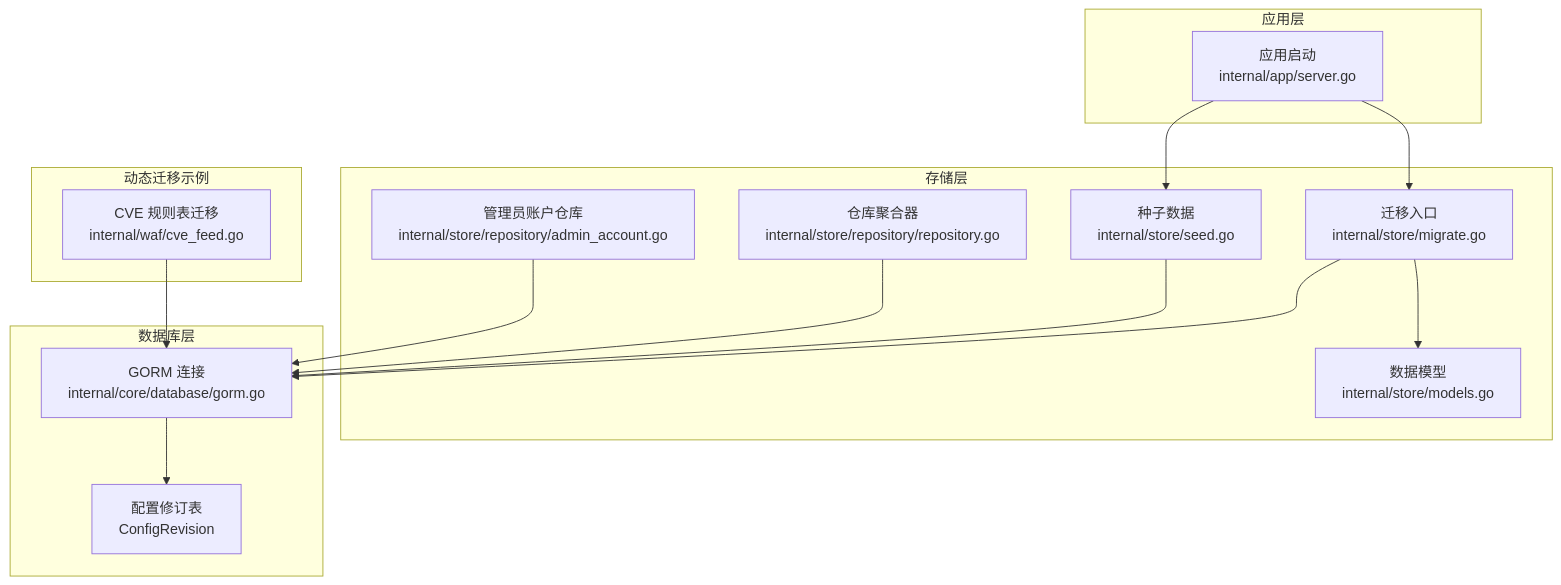
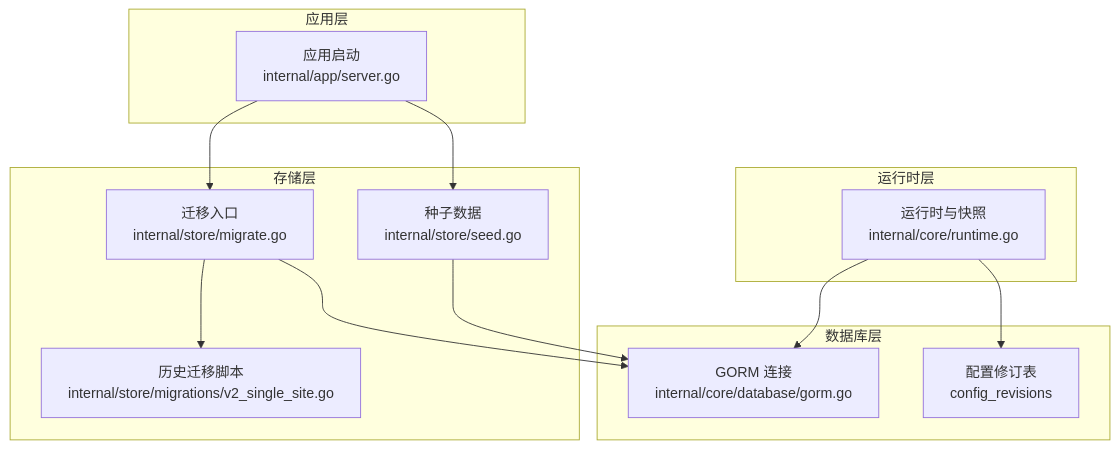
One commit to x01n/My-OpenWaf changed the first of 7 diagrams in docs/配置管理系统/迁移管理机制.md. Above: the diagram before and after it, drawn with Mermaid. The commit also changed other lines of this file and 199 other files, not shown here.

````diff
--- a/docs/配置管理系统/迁移管理机制.md
+++ b/docs/配置管理系统/迁移管理机制.md
@@ -46,29 +41,25 @@
 ```mermaid
 graph TB
 subgraph "应用层"
 APP["应用启动<br/>internal/app/server.go"]
 end
 subgraph "存储层"
 MIG["迁移入口<br/>internal/store/migrate.go"]
 SEED["种子数据<br/>internal/store/seed.go"]
-MODELS["数据模型<br/>internal/store/models.go"]
-REPOS["仓库聚合器<br/>internal/store/repository/repository.go"]
-ACC_REPO["管理员账户仓库<br/>internal/store/repository/admin_account.go"]
+MIGV2["历史迁移脚本<br/>internal/store/migrations/v2_single_site.go"]
+end
+subgraph "运行时层"
+RT["运行时与快照<br/>internal/core/runtime.go"]
 end
 subgraph "数据库层"
 DB["GORM 连接<br/>internal/core/database/gorm.go"]
-CR["配置修订表<br/>ConfigRevision"]
-end
-subgraph "动态迁移示例"
-CVE["CVE 规则表迁移<br/>internal/waf/cve_feed.go"]
+CR["配置修订表<br/>config_revisions"]
 end
 APP --> MIG
 APP --> SEED
-MIG --> MODELS
+MIG --> MIGV2
 MIG --> DB
 SEED --> DB
-REPOS --> DB
-ACC_REPO --> DB
-DB --> CR
-CVE --> DB
+RT --> DB
+RT --> CR
 ```
````
